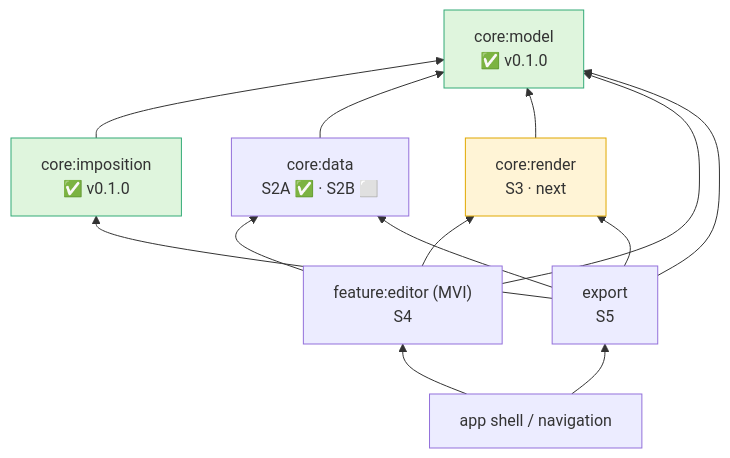
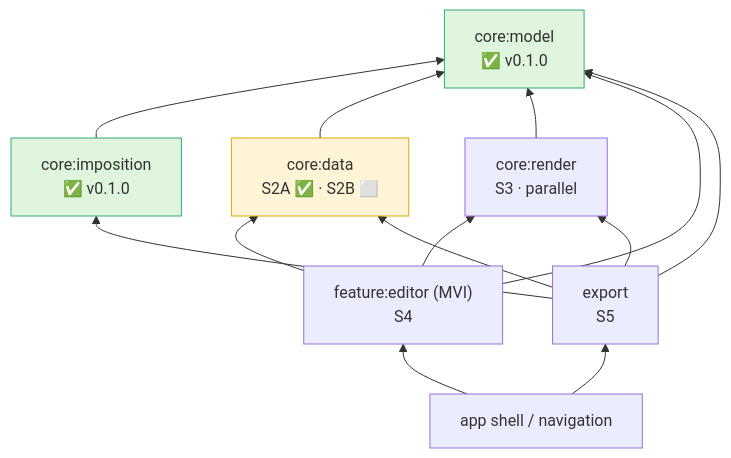
Before and after one commit to aritr-codes/zinely-android: the ninth of 10 diagrams in docs/ARCHITECTURE.md, drawn with Mermaid. The commit also changed other lines of this file and 3 other files, not shown here.

````diff
--- a/docs/ARCHITECTURE.md
+++ b/docs/ARCHITECTURE.md
@@ -348,28 +348,28 @@
 ```mermaid
 flowchart BT
     model["core:model<br/>✅ v0.1.0"]
     imp["core:imposition<br/>✅ v0.1.0"]
     data["core:data<br/>S2A ✅ · S2B ⬜"]
-    render["core:render<br/>S3 · next"]
+    render["core:render<br/>S3 · parallel"]
     editor["feature:editor (MVI)<br/>S4"]
     export["export<br/>S5"]
     app["app shell / navigation"]
 
     imp --> model
     data --> model
     render --> model
     editor --> model
     editor --> data
     editor --> render
     export --> model
     export --> imp
     export --> render
     export --> data
     app --> editor
     app --> export
 
     classDef done fill:#dff5dd,stroke:#3a7;
     classDef next fill:#fff4d6,stroke:#e0a800;
     class model,imp done;
-    class render next;
+    class data next;
 ```
````
